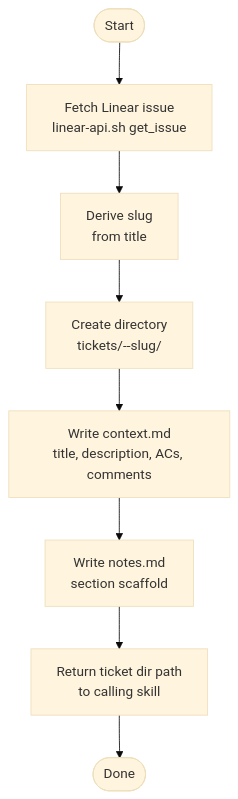
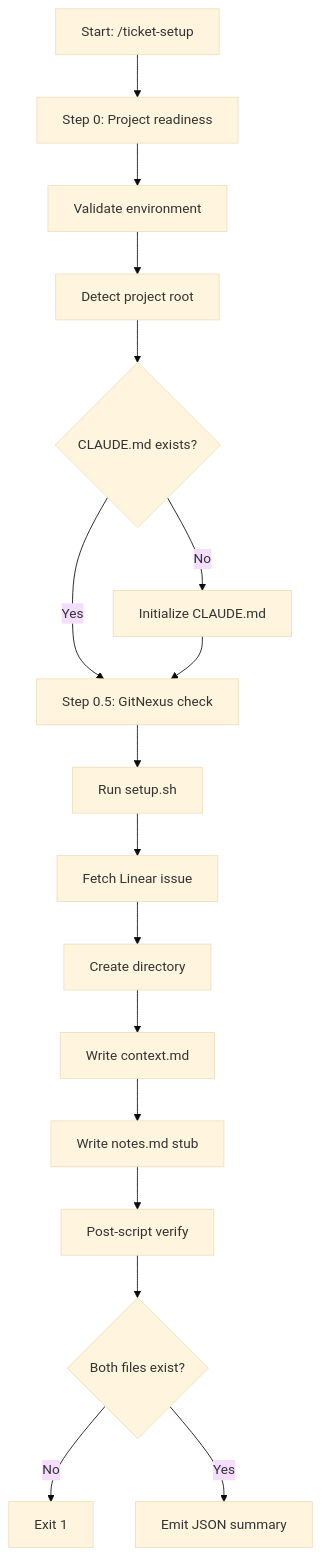
The diagram in ticket-auto-pipeline/docs/skills/ticket-setup.md (willard-pro/claude-plugins), drawn with Mermaid (base theme) before and after one commit. The commit also changed other lines of this file and 39 other files, not shown here.

````diff
--- a/ticket-auto-pipeline/docs/skills/ticket-setup.md
+++ b/ticket-auto-pipeline/docs/skills/ticket-setup.md
@@ -33,10 +37,19 @@
 ```mermaid
 flowchart TD
-    A([Start]) --> B[Fetch Linear issue\nlinear-api.sh get_issue]
-    B --> C[Derive slug\nfrom title]
-    C --> D[Create directory\ntickets/<ID>--slug/]
-    D --> E[Write context.md\ntitle, description, ACs, comments]
-    E --> F[Write notes.md\nsection scaffold]
-    F --> G[Return ticket dir path\nto calling skill]
-    G --> H([Done])
+    A[Start: /ticket-setup] --> B[Step 0: Project readiness]
+    B --> C[Validate environment]
+    C --> D[Detect project root]
+    D --> E{CLAUDE.md exists?}
+    E -->|Yes| F[Step 0.5: GitNexus check]
+    E -->|No| G[Initialize CLAUDE.md]
+    G --> F
+    F --> H[Run setup.sh]
+    H --> I[Fetch Linear issue]
+    I --> J[Create directory]
+    J --> K[Write context.md]
+    K --> L[Write notes.md stub]
+    L --> M[Post-script verify]
+    M --> N{Both files exist?}
+    N -->|No| STOP[Exit 1]
+    N -->|Yes| O[Emit JSON summary]
 ```
````
